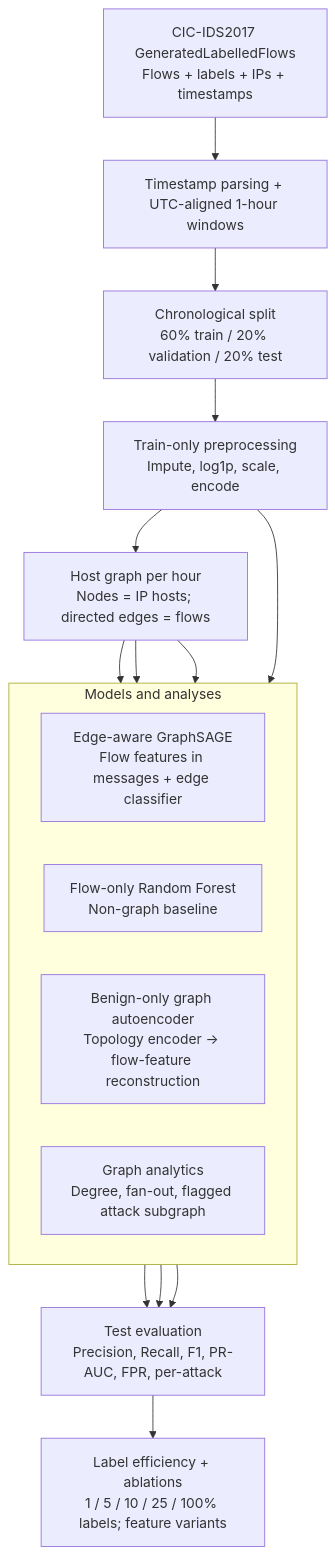
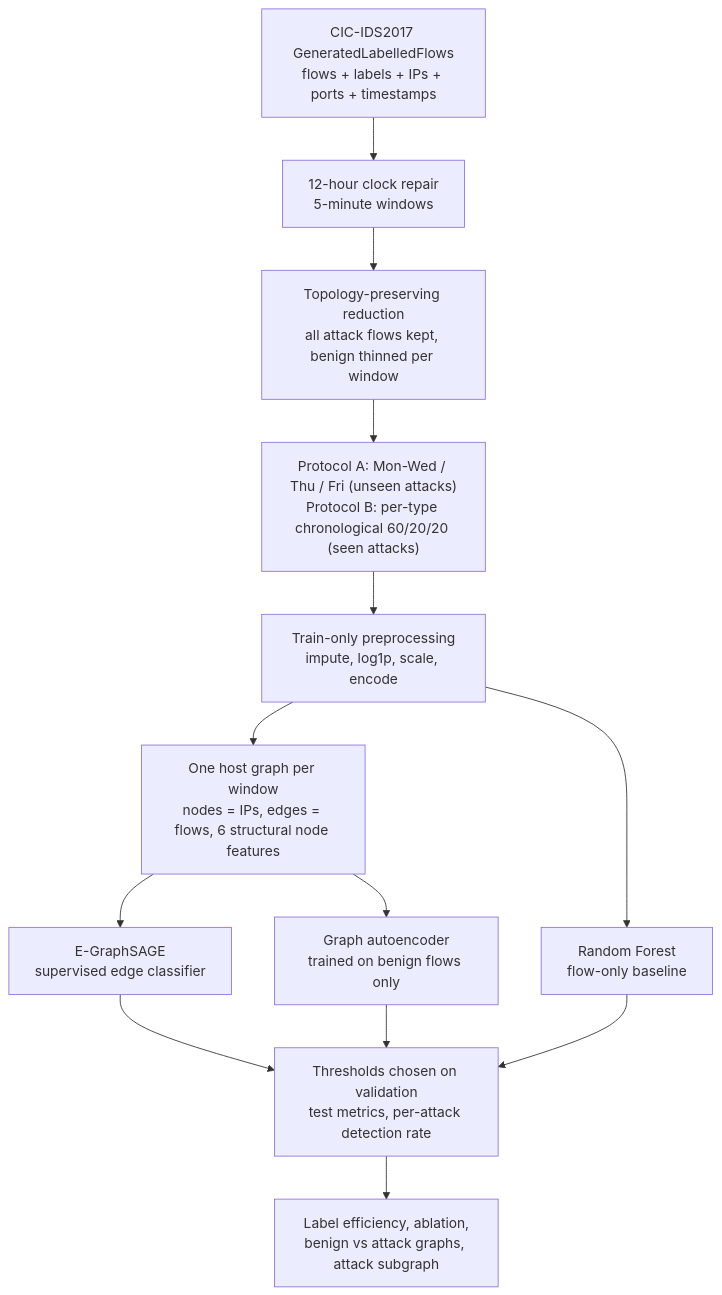
One commit to jihen111/graph-network-intrusion-gnn changed the diagram in docs/architecture.mmd. Above: the diagram before and after it, drawn with Mermaid. The commit also changed 25 other files, not shown here.

First line of the commit message:
v2: topology-preserving windows, timestamp repair, protocols A/B, validation thresholds, structural node features, Colab runner

```diff
--- a/docs/architecture.mmd
+++ b/docs/architecture.mmd
@@ -1,22 +1,15 @@
 flowchart TB
-    A["CIC-IDS2017 GeneratedLabelledFlows<br/>Flows + labels + IPs + timestamps"]
-    B["Timestamp parsing + UTC-aligned 1-hour windows"]
-    C["Chronological split<br/>60% train / 20% validation / 20% test"]
-    D["Train-only preprocessing<br/>Impute, log1p, scale, encode"]
-    E["Host graph per hour<br/>Nodes = IP hosts; directed edges = flows"]
-    A --> B --> C --> D --> E
-    subgraph Models["Models and analyses"]
-        direction LR
-        F["Edge-aware GraphSAGE<br/>Flow features in messages + edge classifier"]
-        G["Flow-only Random Forest<br/>Non-graph baseline"]
-        H["Benign-only graph autoencoder<br/>Topology encoder → flow-feature reconstruction"]
-        K["Graph analytics<br/>Degree, fan-out, flagged attack subgraph"]
-    end
-    E --> F
-    D --> G
-    E --> H
-    E --> K
-    F --> I["Test evaluation<br/>Precision, Recall, F1, PR-AUC, FPR, per-attack"]
-    G --> I
-    H --> I
-    I --> J["Label efficiency + ablations<br/>1 / 5 / 10 / 25 / 100% labels; feature variants"]
+    A["CIC-IDS2017 GeneratedLabelledFlows<br/>flows + labels + IPs + ports + timestamps"]
+    B["12-hour clock repair<br/>5-minute windows"]
+    C["Topology-preserving reduction<br/>all attack flows kept, benign thinned per window"]
+    D["Protocol A: Mon-Wed / Thu / Fri (unseen attacks)<br/>Protocol B: per-type chronological 60/20/20 (seen attacks)"]
+    E["Train-only preprocessing<br/>impute, log1p, scale, encode"]
+    F["One host graph per window<br/>nodes = IPs, edges = flows, 6 structural node features"]
+    A --> B --> C --> D --> E --> F
+    F --> G["E-GraphSAGE<br/>supervised edge classifier"]
+    E --> H["Random Forest<br/>flow-only baseline"]
+    F --> I["Graph autoencoder<br/>trained on benign flows only"]
+    G --> J["Thresholds chosen on validation<br/>test metrics, per-attack detection rate"]
+    H --> J
+    I --> J
+    J --> K["Label efficiency, ablation,<br/>benign vs attack graphs, attack subgraph"]
```
